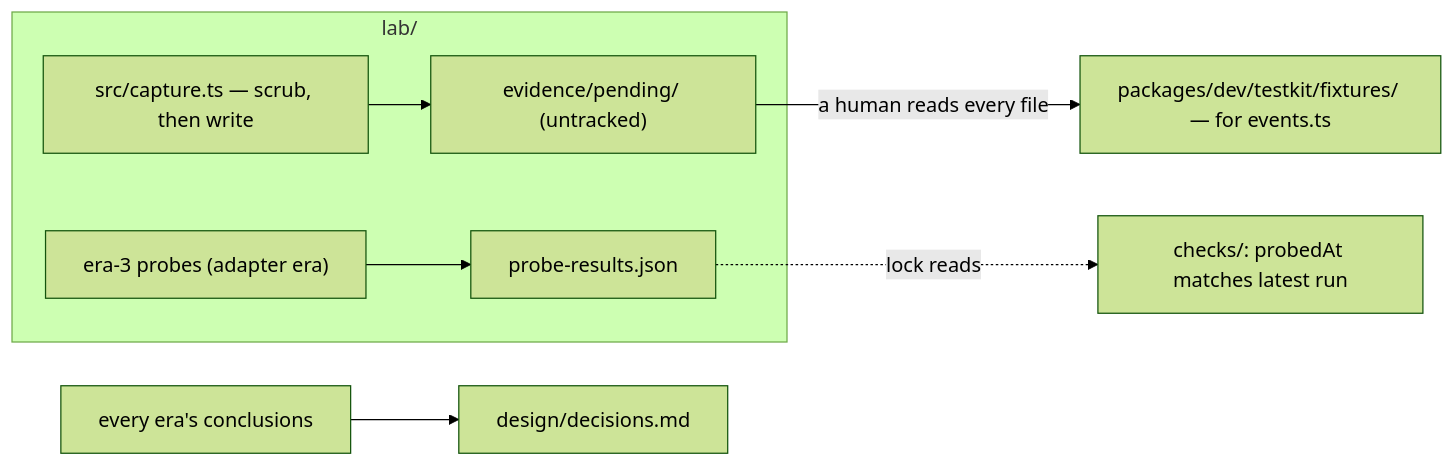
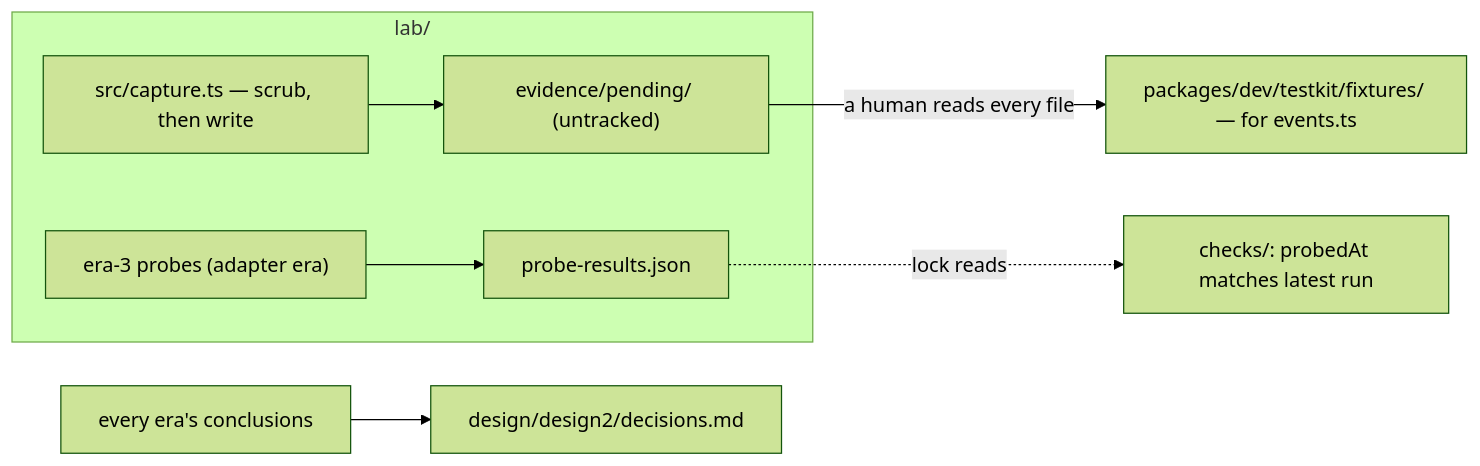
One commit to exploreriii/sdk-automations changed the diagram in packages/dev/lab/README.md. Above: the diagram before and after it, drawn with Mermaid (forest theme). The commit also changed 17 other files, not shown here.

Commit message:
docs: add roguh architecture v2 and move decisions

````diff
--- a/packages/dev/lab/README.md
+++ b/packages/dev/lab/README.md
@@ -25,10 +25,10 @@
 ```mermaid
 flowchart LR
     subgraph lab ["lab/"]
         capture["src/capture.ts — scrub, then write"] --> pending["evidence/pending/ (untracked)"]
         probes["era-3 probes (adapter era)"] --> results["probe-results.json"]
     end
     pending -->|"a human reads every file"| fixtures["packages/dev/testkit/fixtures/ — for events.ts"]
     results -.->|"lock reads"| checks["checks/: probedAt matches latest run"]
-    conclusions["every era's conclusions"] --> register["design/decisions.md"]
+    conclusions["every era's conclusions"] --> register["design/design2/decisions.md"]
 ```
````
